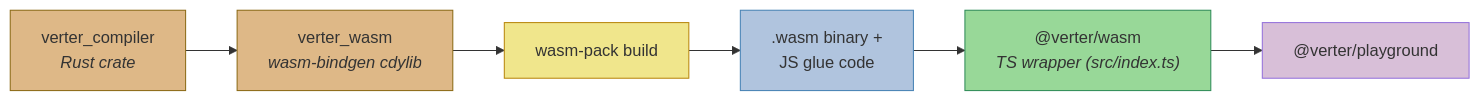
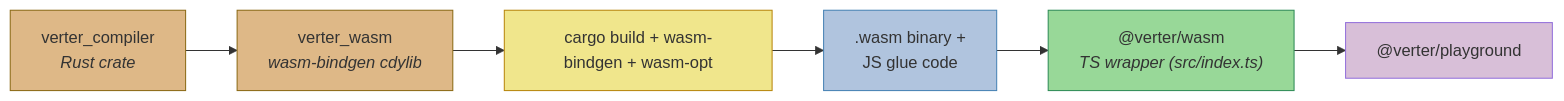
Before and after one commit to pikax/verter: the first of 3 diagrams in packages/wasm/README.md, drawn with Mermaid. The commit also changed other lines of this file and 9 other files, not shown here.

Commit message:
chore(deps): replace wasm-pack

````diff
--- a/packages/wasm/README.md
+++ b/packages/wasm/README.md
@@ -16,15 +16,15 @@
 ```mermaid
 graph LR
     A["verter_compiler<br/><i>Rust crate</i>"] --> B["verter_wasm<br/><i>wasm-bindgen cdylib</i>"]
-    B --> C["wasm-pack build"]
+    B --> C["cargo build + wasm-bindgen + wasm-opt"]
     C --> D[".wasm binary +<br/>JS glue code"]
     D --> E["@verter/wasm<br/><i>TS wrapper (src/index.ts)</i>"]
     E --> F["@verter/playground"]
 
     style A fill:#deb887,stroke:#8b6914
     style B fill:#deb887,stroke:#8b6914
     style C fill:#f0e68c,stroke:#b8860b
     style D fill:#b0c4de,stroke:#4682b4
     style E fill:#98d898,stroke:#2e8b57
     style F fill:#d8bfd8,stroke:#9370db
 ```
````
